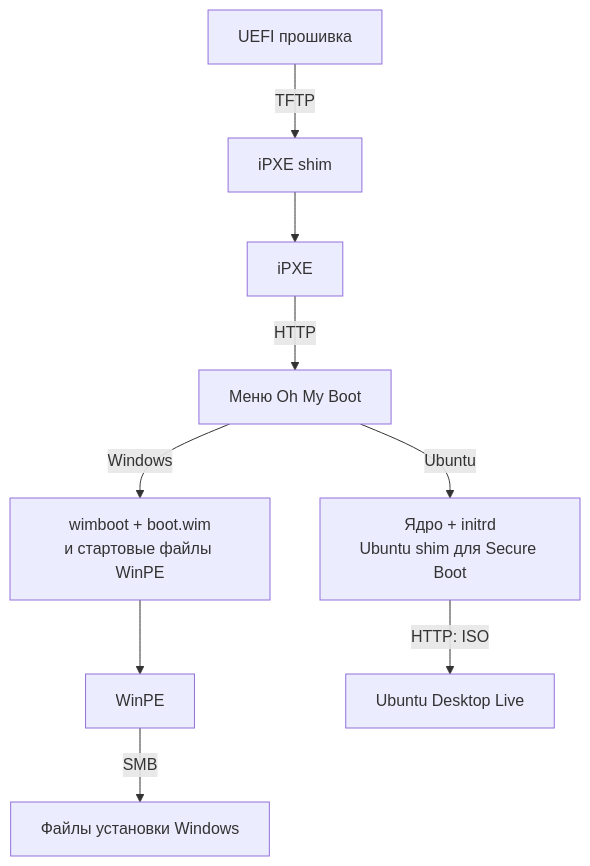
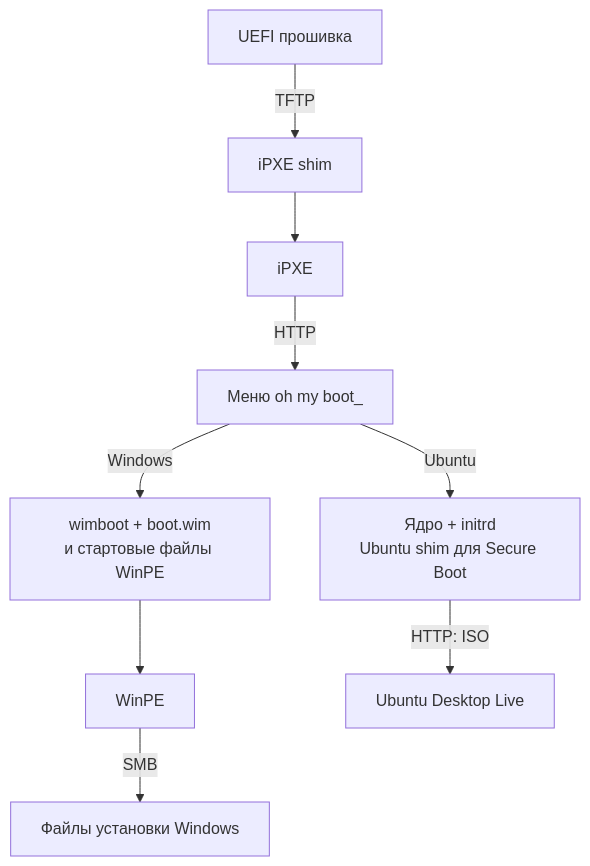
The second of 4 diagrams in docs/secure-boot-boot-paths.md (f0nwa/oh-my-boot_), drawn with Mermaid before and after one commit. The commit also changed other lines of this file and 28 other files, not shown here.

````diff
--- a/docs/secure-boot-boot-paths.md
+++ b/docs/secure-boot-boot-paths.md
@@ -30,11 +30,11 @@
 ```mermaid
 flowchart TD
     U[UEFI прошивка] -->|TFTP| S[iPXE shim]
     S --> I[iPXE]
-    I -->|HTTP| M[Меню Oh My Boot]
+    I -->|HTTP| M[Меню oh my boot_]
     M -->|Windows| W[wimboot + boot.wim<br/>и стартовые файлы WinPE]
     W --> P[WinPE]
     P -->|SMB| WS[Файлы установки Windows]
     M -->|Ubuntu| K[Ядро + initrd<br/>Ubuntu shim для Secure Boot]
     K -->|HTTP: ISO| UL[Ubuntu Desktop Live]
 ```
````
